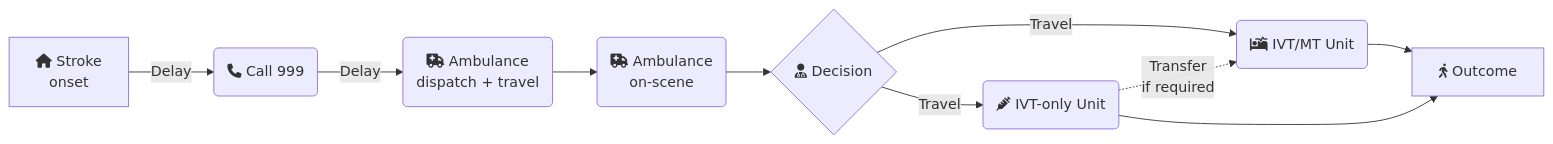
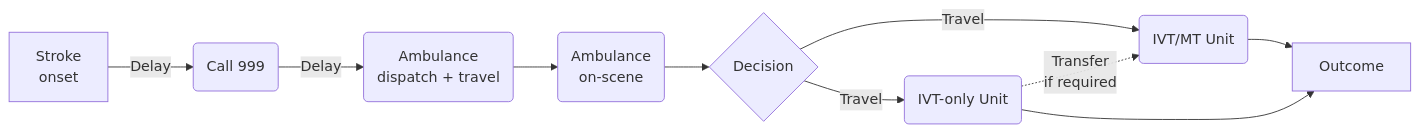
The diagram in README.md (stroke-modelling/simpy-pathway-model), drawn with Mermaid before and after one commit.

Commit message:
Add mermaid chart

````diff
--- a/README.md
+++ b/README.md
@@ -4,12 +4,12 @@
 ```mermaid
 flowchart LR
-    A[fa:fa-home Stroke\nonset] --> |Delay| B(fa:fa-phone Call 999)
-    B --> |Delay| C(fa:fa-ambulance Ambulance\ndispatch + travel)
-    C --> D(fa:fa-ambulance Ambulance\non-scene)
-    D --> E{fa:fa-user-md Decision}
-    E --> |Travel| F(fa:fa-syringe IVT-only Unit)
-    E --> |Travel| G(fa:fa-procedures IVT/MT Unit)
+    A[Stroke\nonset] --> |Delay| B(Call 999)
+    B --> |Delay| C(Ambulance\ndispatch + travel)
+    C --> D(Ambulance\non-scene)
+    D --> E{Decision}
+    E --> |Travel| F(IVT-only Unit)
+    E --> |Travel| G(IVT/MT Unit)
     F .-> |Transfer\nif required| G
-    G --> H[fa:fa-walking Outcome]
+    G --> H[Outcome]
     F --> H
 ```
````
